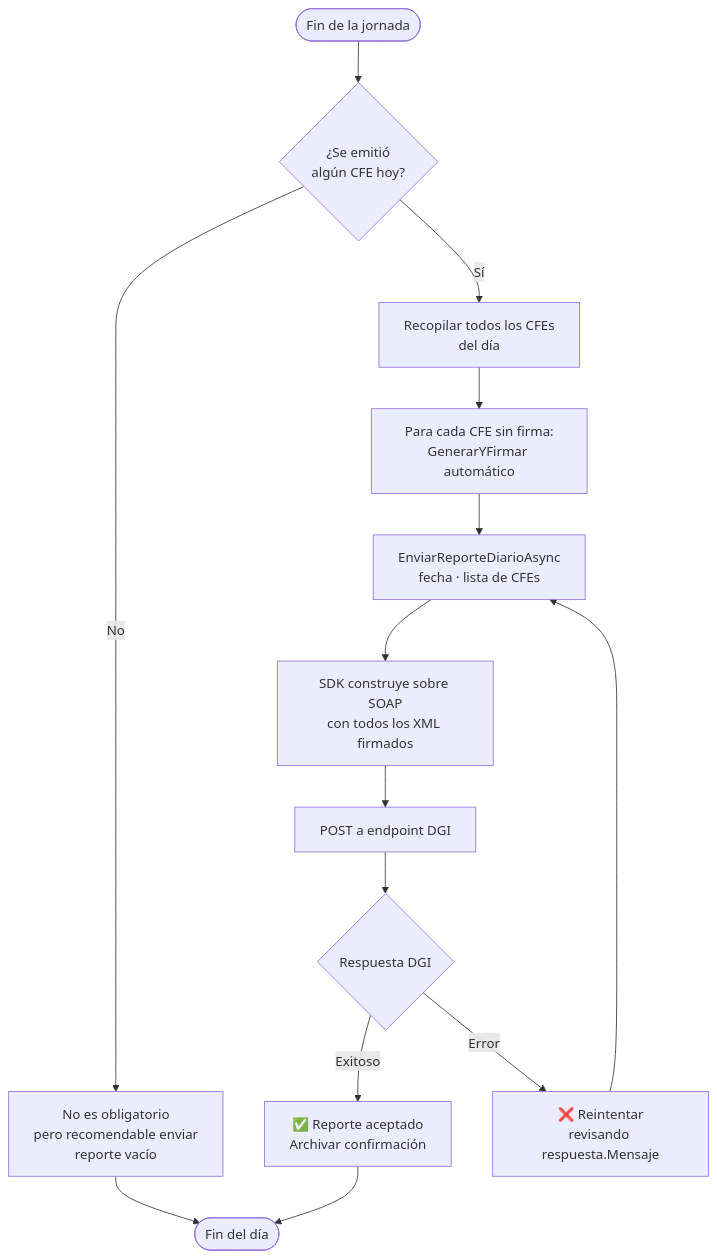
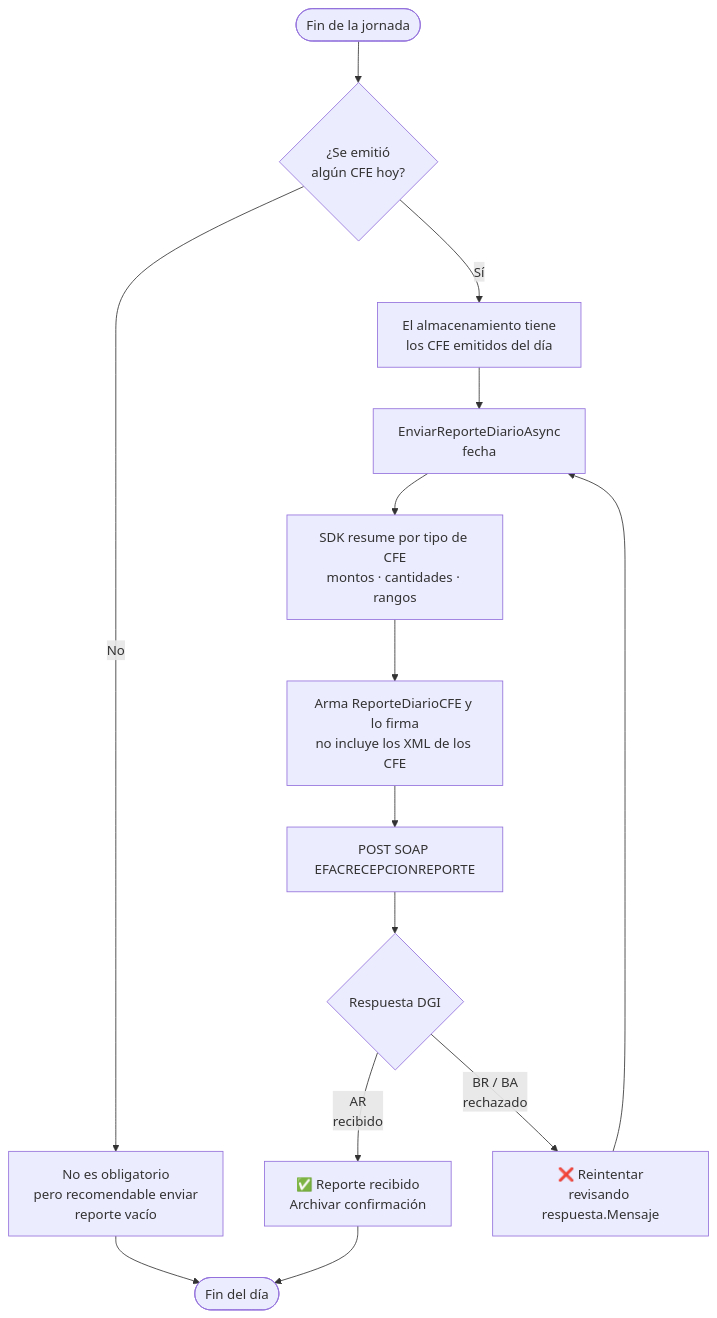
The sixth of 7 diagrams in landing/src/content/docs/guides/workflows.mdx (MathiasGonzalez/UruFactura), drawn with Mermaid before and after one commit. The commit also changed other lines of this file and 132 other files, not shown here.

````diff
--- a/landing/src/content/docs/guides/workflows.mdx
+++ b/landing/src/content/docs/guides/workflows.mdx
@@ -149,16 +138,16 @@
 ```mermaid
 flowchart TD
     A([Fin de la jornada]) --> B{¿Se emitió\nalgún CFE hoy?}
     B -- No --> C[No es obligatorio\npero recomendable enviar\nreporte vacío]
-    B -- Sí --> D[Recopilar todos los CFEs\ndel día]
-    D --> E[Para cada CFE sin firma:\nGenerarYFirmar automático]
-    E --> F[EnviarReporteDiarioAsync\nfecha · lista de CFEs]
-    F --> G[SDK construye sobre SOAP\ncon todos los XML firmados]
-    G --> H[POST a endpoint DGI]
+    B -- Sí --> D[El almacenamiento tiene\nlos CFE emitidos del día]
+    D --> F[EnviarReporteDiarioAsync\nfecha]
+    F --> E[SDK resume por tipo de CFE\nmontos · cantidades · rangos]
+    E --> G[Arma ReporteDiarioCFE y lo firma\nno incluye los XML de los CFE]
+    G --> H[POST SOAP EFACRECEPCIONREPORTE]
     H --> I{Respuesta DGI}
-    I -- Exitoso --> J[✅ Reporte aceptado\nArchivar confirmación]
-    I -- Error --> K[❌ Reintentar\nrevisando respuesta.Mensaje]
+    I -- AR\nrecibido --> J[✅ Reporte recibido\nArchivar confirmación]
+    I -- BR / BA\nrechazado --> K[❌ Reintentar\nrevisando respuesta.Mensaje]
     K --> F
     J --> L([Fin del día])
     C --> L
 ```
````
